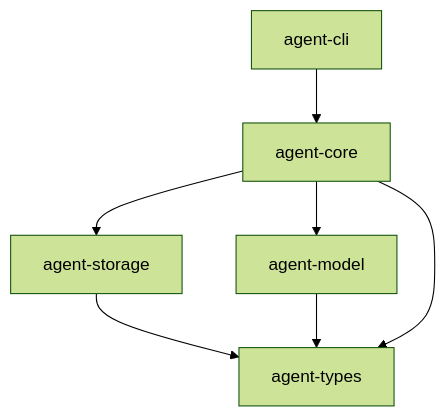
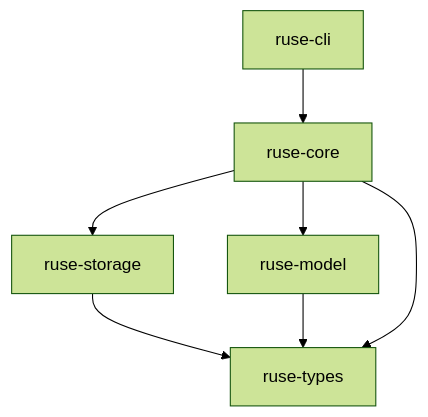
One commit to poneding/agent changed the diagram in docs/specs/M01-02-event-model.spec.md. Above: the diagram before and after it, drawn with Mermaid (forest theme). The commit also changed other lines of this file and 2091 other files, not shown here.

First line of the commit message:
refactor: rename agent branding to ruse

````diff
--- a/docs/specs/M01-02-event-model.spec.md
+++ b/docs/specs/M01-02-event-model.spec.md
@@ -37,10 +37,10 @@
 ```mermaid
 flowchart TD
-  Types[agent-types]
-  Storage[agent-storage] --> Types
-  Model[agent-model] --> Types
-  Core[agent-core] --> Types
+  Types[ruse-types]
+  Storage[ruse-storage] --> Types
+  Model[ruse-model] --> Types
+  Core[ruse-core] --> Types
   Core --> Model
   Core --> Storage
-  CLI[agent-cli] --> Core
+  CLI[ruse-cli] --> Core
 ```
````
